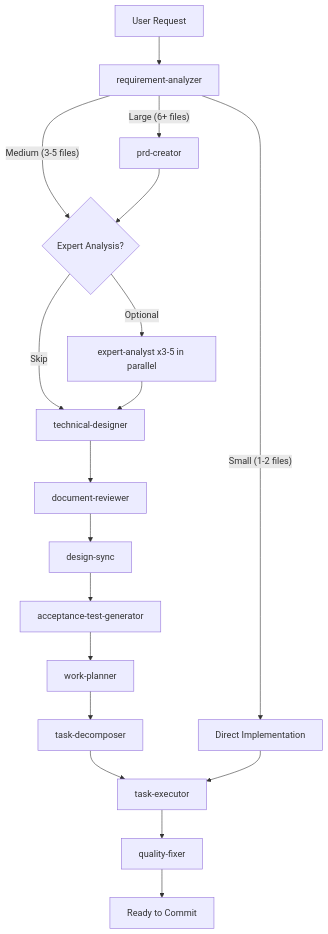
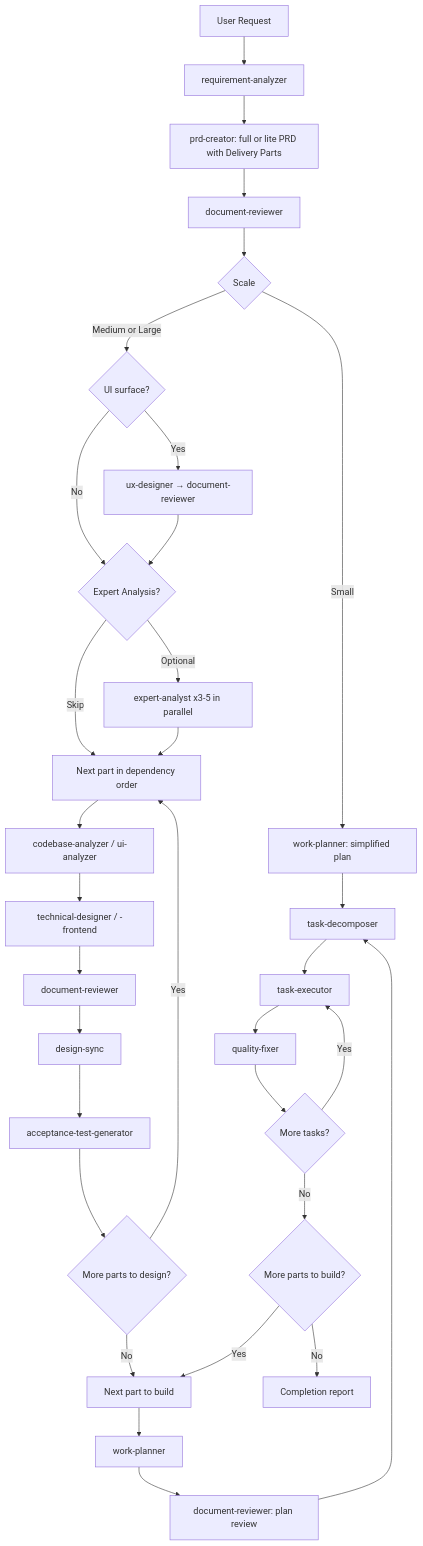
Before and after one commit to tundraray/overture: the first of 5 diagrams in docs/overture/workflows.md, drawn with Mermaid. The commit also changed other lines of this file and 174 other files, not shown here.

````diff
--- a/docs/overture/workflows.md
+++ b/docs/overture/workflows.md
@@ -31,24 +31,38 @@
 ```mermaid
 graph TB
     A[User Request] --> B[requirement-analyzer]
+    B --> C[prd-creator: full or lite PRD with Delivery Parts]
+    C --> CR[document-reviewer]
+    CR --> SCALE{Scale}
 
-    B --> |"Large (6+ files)"| C[prd-creator]
-    B --> |"Medium (3-5 files)"| EX{Expert Analysis?}
-    B --> |"Small (1-2 files)"| E[Direct Implementation]
+    SCALE --> |Small| SP[work-planner: simplified plan]
+    SCALE --> |Medium or Large| UX{UI surface?}
+    UX --> |Yes| UXD[ux-designer → document-reviewer]
+    UX --> |No| EX{Expert Analysis?}
+    UXD --> EX
+    EX --> |Optional| EA[expert-analyst x3-5 in parallel]
+    EX --> |Skip| PART[Next part in dependency order]
+    EA --> PART
 
-    C --> EX
-    EX --> |Optional| EA[expert-analyst x3-5 in parallel]
-    EX --> |Skip| D[technical-designer]
-    EA --> D
+    PART --> AN[codebase-analyzer / ui-analyzer]
+    AN --> D[technical-designer / -frontend]
     D --> DR[document-reviewer]
     DR --> DS[design-sync]
     DS --> F[acceptance-test-generator]
-    F --> G[work-planner]
-    G --> H[task-decomposer]
+    F --> MORE{More parts to design?}
+    MORE --> |Yes| PART
+    MORE --> |No| BP[Next part to build]
+
+    BP --> G[work-planner]
+    G --> PR[document-reviewer: plan review]
+    PR --> H[task-decomposer]
+    SP --> H
 
     H --> I[task-executor]
-    E --> I
-
     I --> J[quality-fixer]
-    J --> K[Ready to Commit]
+    J --> K{More tasks?}
+    K --> |Yes| I
+    K --> |No| L{More parts to build?}
+    L --> |Yes| BP
+    L --> |No| M[Completion report]
 ```
````
